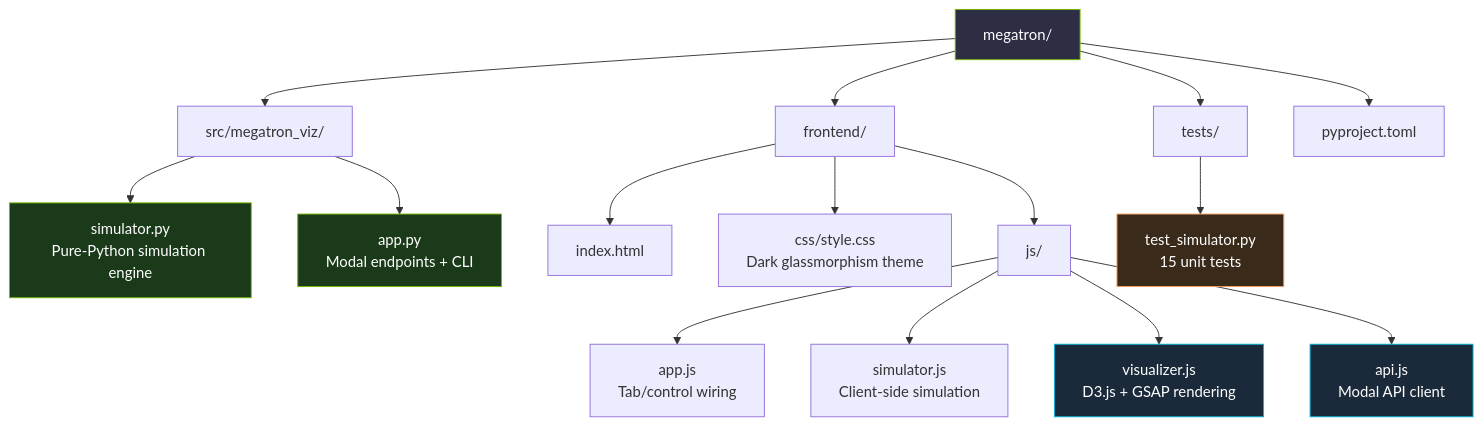
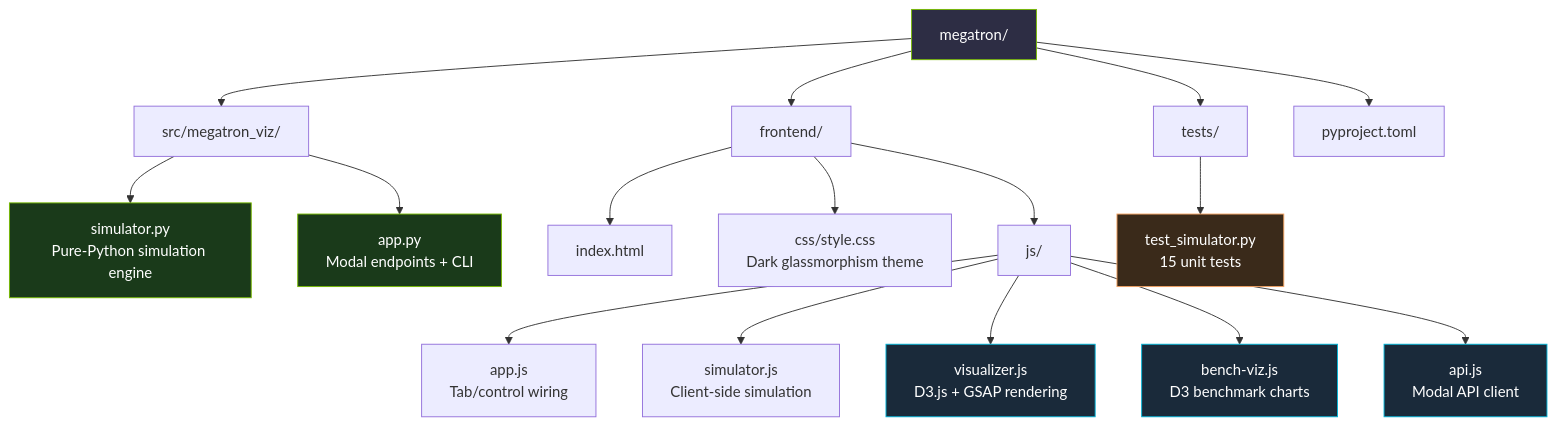
Before and after one commit to nsudhanva/megatron: the seventh of 7 diagrams in README.md, drawn with Mermaid. The commit also changed other lines of this file and 6 other files, not shown here.

````diff
--- a/README.md
+++ b/README.md
@@ -244,28 +248,30 @@
 ```mermaid
 graph TD
     Root["megatron/"] --> Src["src/megatron_viz/"]
     Root --> FE["frontend/"]
     Root --> Tests["tests/"]
     Root --> Config["pyproject.toml"]
 
     Src --> Sim["simulator.py<br/>Pure-Python simulation engine"]
     Src --> App["app.py<br/>Modal endpoints + CLI"]
 
     FE --> HTML["index.html"]
     FE --> CSS["css/style.css<br/>Dark glassmorphism theme"]
     FE --> JS["js/"]
 
     JS --> AppJS["app.js<br/>Tab/control wiring"]
     JS --> SimJS["simulator.js<br/>Client-side simulation"]
     JS --> VizJS["visualizer.js<br/>D3.js + GSAP rendering"]
+    JS --> BenchJS["bench-viz.js<br/>D3 benchmark charts"]
     JS --> ApiJS["api.js<br/>Modal API client"]
 
     Tests --> TestSim["test_simulator.py<br/>15 unit tests"]
 
     style Root fill:#2d2d44,stroke:#76b900,color:#fff
     style Sim fill:#1a3a1a,stroke:#76b900,color:#fff
     style App fill:#1a3a1a,stroke:#76b900,color:#fff
     style VizJS fill:#1a2a3a,stroke:#00b4d8,color:#fff
+    style BenchJS fill:#1a2a3a,stroke:#00b4d8,color:#fff
     style ApiJS fill:#1a2a3a,stroke:#00b4d8,color:#fff
     style TestSim fill:#3a2a1a,stroke:#f4a261,color:#fff
 ```
````
